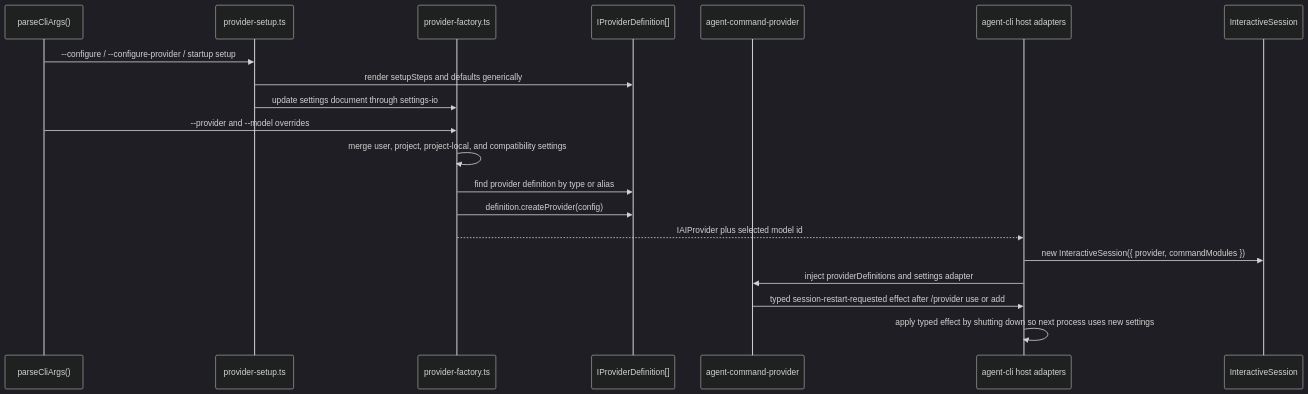
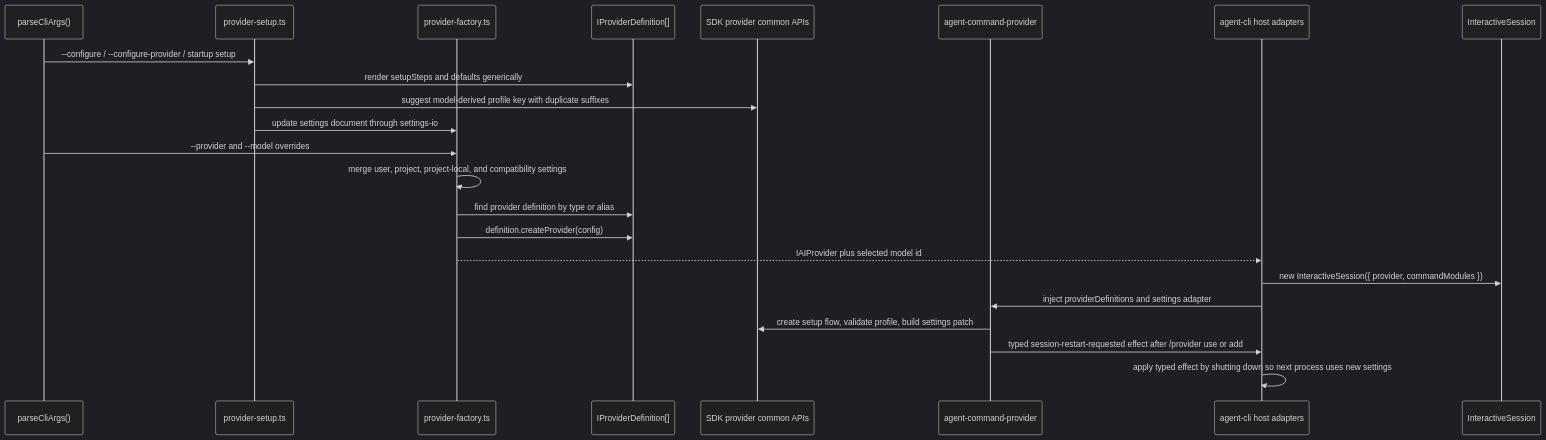
The third of 5 diagrams in packages/agent-cli/docs/ARCHITECTURE-MAP.md (woojubb/robota), drawn with Mermaid (dark theme) before and after one commit. The commit also changed other lines of this file and 28 other files, not shown here.

Commit message:
feat(agent-cli): add provider profile switching (#282)

````diff
--- a/packages/agent-cli/docs/ARCHITECTURE-MAP.md
+++ b/packages/agent-cli/docs/ARCHITECTURE-MAP.md
@@ -266,23 +265,26 @@
 ```mermaid
 sequenceDiagram
   participant Args as parseCliArgs()
   participant Setup as provider-setup.ts
   participant Factory as provider-factory.ts
   participant Defs as IProviderDefinition[]
+  participant SDKCommon as SDK provider common APIs
   participant Command as agent-command-provider
   participant CLI as agent-cli host adapters
   participant Session as InteractiveSession
 
   Args->>Setup: --configure / --configure-provider / startup setup
   Setup->>Defs: render setupSteps and defaults generically
+  Setup->>SDKCommon: suggest model-derived profile key with duplicate suffixes
   Setup->>Factory: update settings document through settings-io
   Args->>Factory: --provider and --model overrides
   Factory->>Factory: merge user, project, project-local, and compatibility settings
   Factory->>Defs: find provider definition by type or alias
   Factory->>Defs: definition.createProvider(config)
   Factory-->>CLI: IAIProvider plus selected model id
   CLI->>Session: new InteractiveSession({ provider, commandModules })
   CLI->>Command: inject providerDefinitions and settings adapter
+  Command->>SDKCommon: create setup flow, validate profile, build settings patch
   Command->>CLI: typed session-restart-requested effect after /provider use or add
   CLI->>CLI: apply typed effect by shutting down so next process uses new settings
 ```
````
